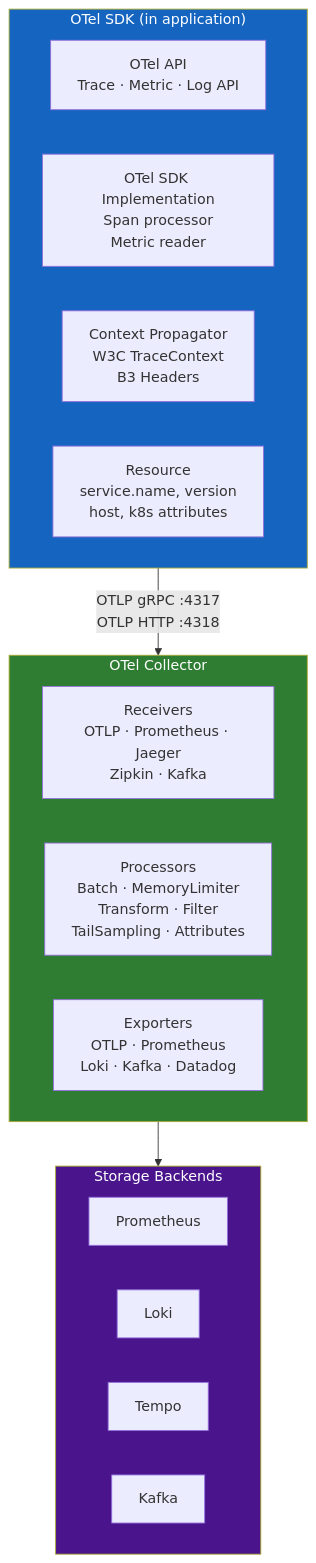
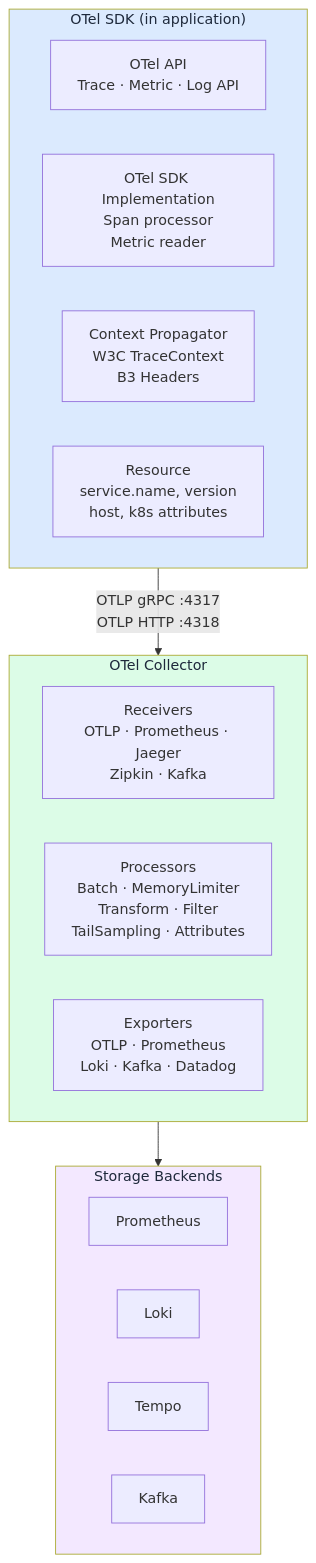
The second of 7 diagrams in docs/en/02-opentelemetry/README.md (XUanhoa04/aiops-engineering-handbook), drawn with Mermaid before and after one commit. The commit also changed other lines of this file and 39 other files, not shown here.

First line of the commit message:
docs: concept-first Ch.08-12, collapse code, soft Mermaid colors

````diff
--- a/docs/en/02-opentelemetry/README.md
+++ b/docs/en/02-opentelemetry/README.md
@@ -125,29 +125,29 @@
 ```mermaid
 graph TD
     subgraph SDK["OTel SDK (in application)"]
         API[OTel API\nTrace · Metric · Log API]
         IMPL[OTel SDK Implementation\nSpan processor\nMetric reader]
         PROP[Context Propagator\nW3C TraceContext\nB3 Headers]
         RES[Resource\nservice.name, version\nhost, k8s attributes]
     end
 
     subgraph Collector["OTel Collector"]
         RCV[Receivers\nOTLP · Prometheus · Jaeger\nZipkin · Kafka]
         PROC[Processors\nBatch · MemoryLimiter\nTransform · Filter\nTailSampling · Attributes]
         EXP[Exporters\nOTLP · Prometheus\nLoki · Kafka · Datadog]
     end
 
     subgraph Backends["Storage Backends"]
         PM[Prometheus]
         LK[Loki]
         TP[Tempo]
         KF[Kafka]
     end
 
     SDK -->|OTLP gRPC :4317\nOTLP HTTP :4318| Collector
     Collector --> Backends
 
-    style SDK fill:#1565c0,color:#fff
-    style Collector fill:#2e7d32,color:#fff
-    style Backends fill:#4a148c,color:#fff
+    style SDK fill:#dbeafe,color:#1e293b
+    style Collector fill:#dcfce7,color:#1e293b
+    style Backends fill:#f3e8ff,color:#1e293b
 ```
````
